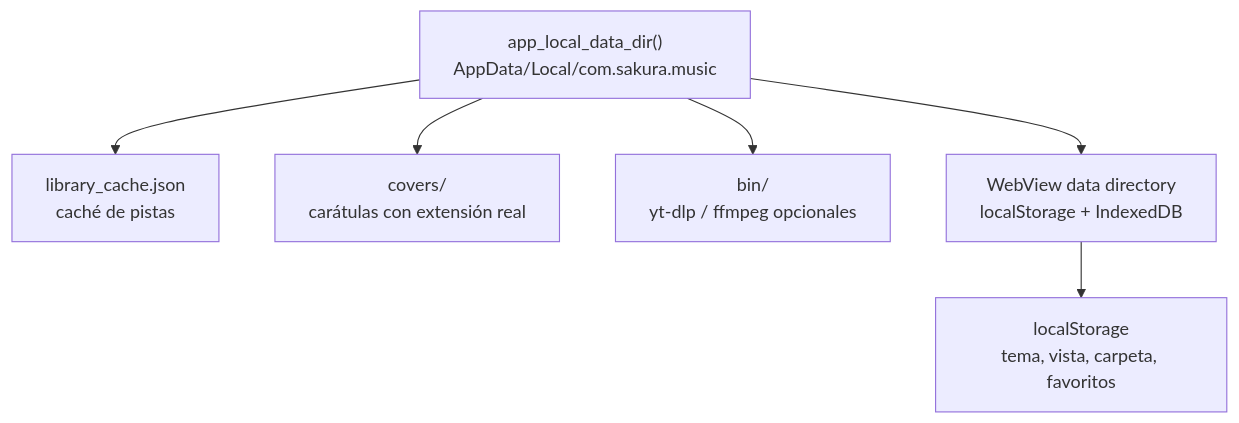
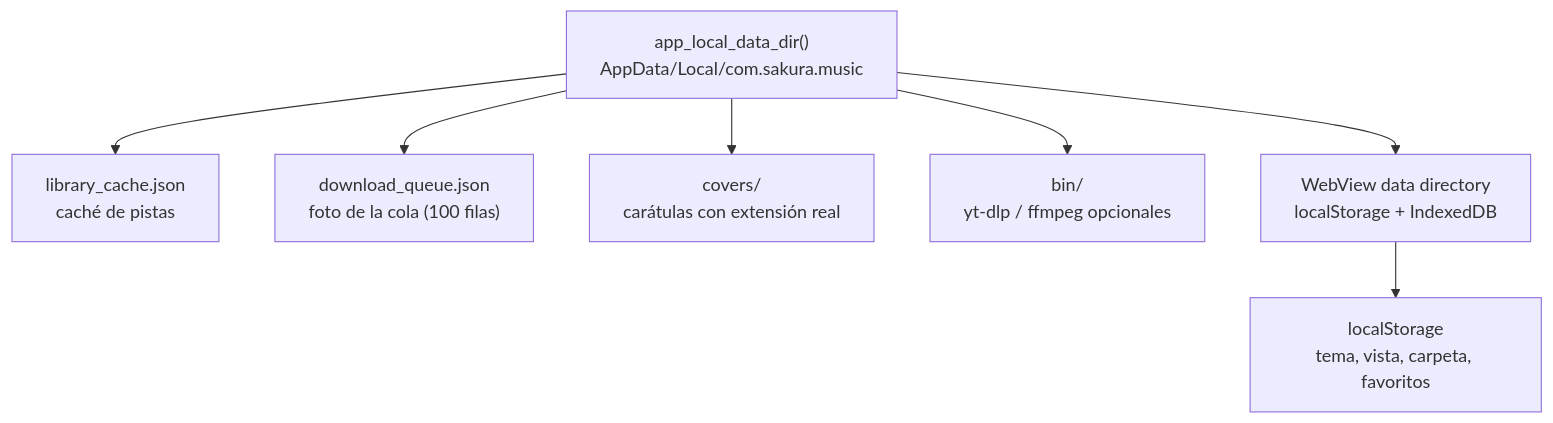
One commit to YordanoCS1/sakura-music changed the third of 6 diagrams in docs/arquitectura.md. Above: the diagram before and after it, drawn with Mermaid. The commit also changed other lines of this file and 12 other files, not shown here.

First line of the commit message:
feat(queue): persistir la cola de descargas entre sesiones

````diff
--- a/docs/arquitectura.md
+++ b/docs/arquitectura.md
@@ -93,9 +93,10 @@
 ```mermaid
 flowchart TB
     BASE["app_local_data_dir()<br/>AppData/Local/com.sakura.music"]
     BASE --> CACHE["library_cache.json<br/>caché de pistas"]
+    BASE --> QUEUE["download_queue.json<br/>foto de la cola (100 filas)"]
     BASE --> COVERS["covers/<br/>carátulas con extensión real"]
     BASE --> BIN["bin/<br/>yt-dlp / ffmpeg opcionales"]
     BASE --> WEB["WebView data directory<br/>localStorage + IndexedDB"]
     WEB --> PREF["localStorage<br/>tema, vista, carpeta, favoritos"]
 ```
````
